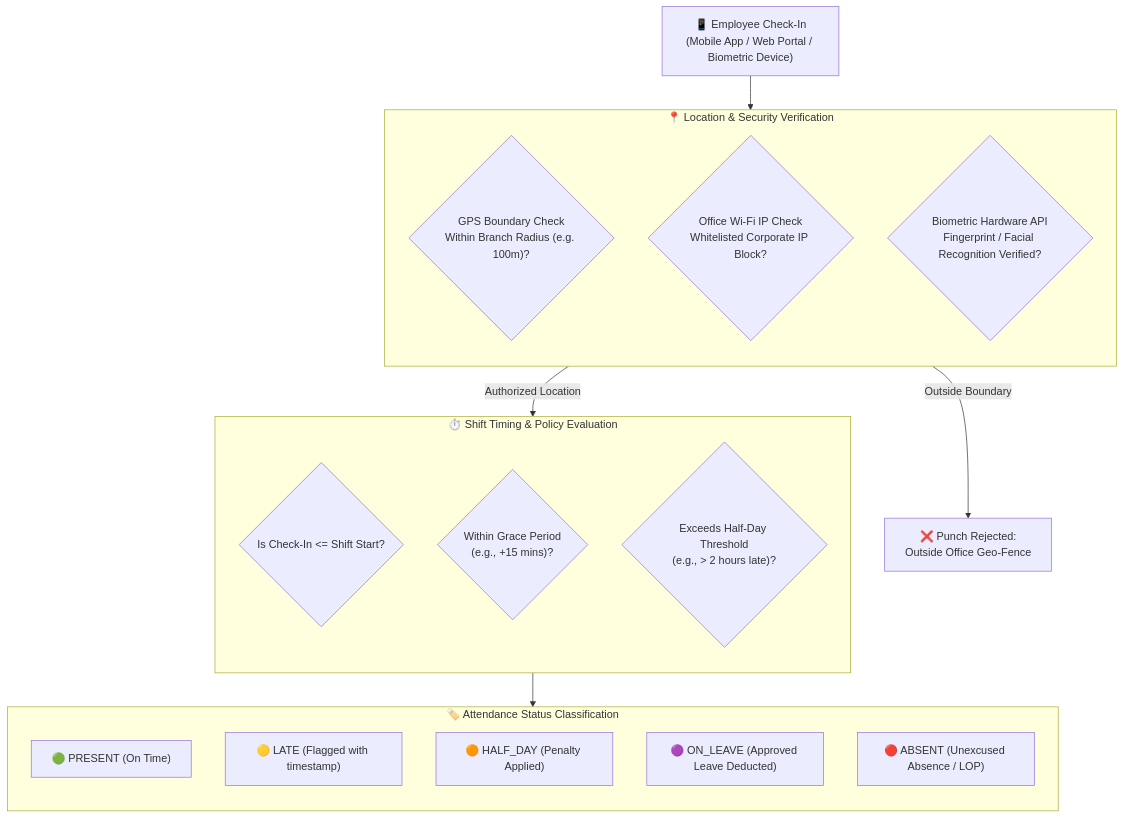
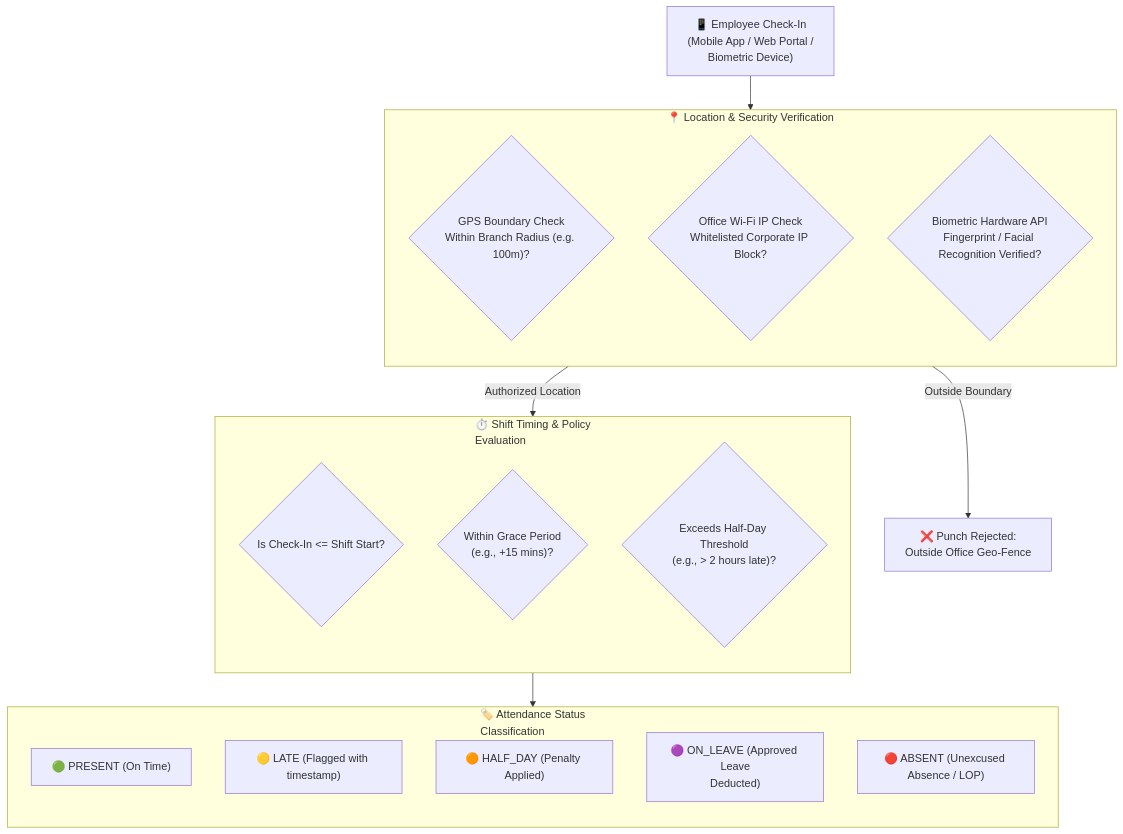
Before and after one commit to SRJ-GROUP/hubnest_user_guide: the diagram in docs/hrms/attendance.md, drawn with Mermaid. The commit also changed 161 other files, not shown here.

Commit message:
feat: complete HubMeet suite, supervisor portal docs, diagram fixes, and interactive eye-button zoom modal

````diff
--- a/docs/hrms/attendance.md
+++ b/docs/hrms/attendance.md
@@ -26,32 +26,32 @@
 ```mermaid
 graph TB
-    UserPunch["📱 Employee Check-In<br/>(Mobile App / Web Portal / Biometric Device)"]
+    UserPunch["📱 Employee Check-In<br/>(Mobile App / Web Portal /<br/>Biometric Device)"]
 
     subgraph VerificationEngine["📍 Location & Security Verification"]
         direction TB
         V1{"GPS Boundary Check<br/>Within Branch Radius (e.g. 100m)?"}
         V2{"Office Wi-Fi IP Check<br/>Whitelisted Corporate IP Block?"}
         V3{"Biometric Hardware API<br/>Fingerprint / Facial Recognition Verified?"}
     end
 
-    subgraph PolicyEngine["⏱️ Shift Timing & Policy Evaluation"]
+    subgraph PolicyEngine["⏱️ Shift Timing & Policy<br/>Evaluation"]
         direction TB
         T1{"Is Check-In <= Shift Start?"}
         T2{"Within Grace Period<br/>(e.g., +15 mins)?"}
         T3{"Exceeds Half-Day Threshold<br/>(e.g., > 2 hours late)?"}
     end
 
-    subgraph StatusResult["🏷️ Attendance Status Classification"]
+    subgraph StatusResult["🏷️ Attendance Status<br/>Classification"]
         direction TB
         S1["🟢 PRESENT (On Time)"]
         S2["🟡 LATE (Flagged with timestamp)"]
         S3["🟠 HALF_DAY (Penalty Applied)"]
-        S4["🟣 ON_LEAVE (Approved Leave Deducted)"]
+        S4["🟣 ON_LEAVE (Approved Leave<br/>Deducted)"]
         S5["🔴 ABSENT (Unexcused Absence / LOP)"]
     end
 
     UserPunch --> VerificationEngine
     VerificationEngine -->|Authorized Location| PolicyEngine
     VerificationEngine -->|Outside Boundary| Blocked["❌ Punch Rejected:<br/>Outside Office Geo-Fence"]
     PolicyEngine --> StatusResult
 ```
````
